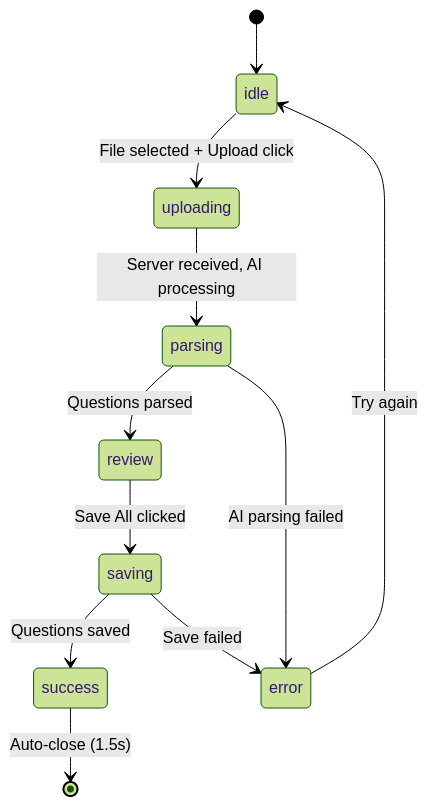
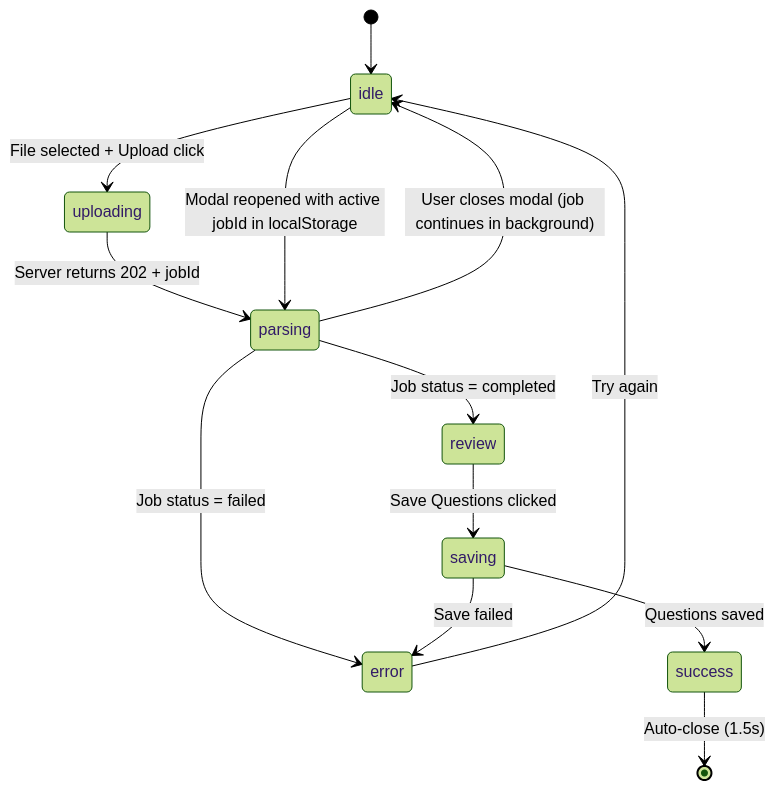
One commit to shshwtkhr/quiz-app changed the fifth of 5 diagrams in docs/TECHNICAL_DOCUMENTATION.md. Above: the diagram before and after it, drawn with Mermaid (forest theme). The commit also changed other lines of this file and 1 other file, not shown here.

Commit message:
docs: update technical documentation and user manual to v1.1.0

````diff
--- a/docs/TECHNICAL_DOCUMENTATION.md
+++ b/docs/TECHNICAL_DOCUMENTATION.md
@@ -867,13 +1006,15 @@
 ```mermaid
 stateDiagram-v2
     [*] --> idle
     idle --> uploading: File selected + Upload click
-    uploading --> parsing: Server received, AI processing
-    parsing --> review: Questions parsed
-    parsing --> error: AI parsing failed
-    review --> saving: Save All clicked
+    uploading --> parsing: Server returns 202 + jobId
+    parsing --> review: Job status = completed
+    parsing --> error: Job status = failed
+    parsing --> idle: User closes modal (job continues in background)
+    idle --> parsing: Modal reopened with active jobId in localStorage
+    review --> saving: Save Questions clicked
     saving --> success: Questions saved
     saving --> error: Save failed
     success --> [*]: Auto-close (1.5s)
     error --> idle: Try again
 ```
````
